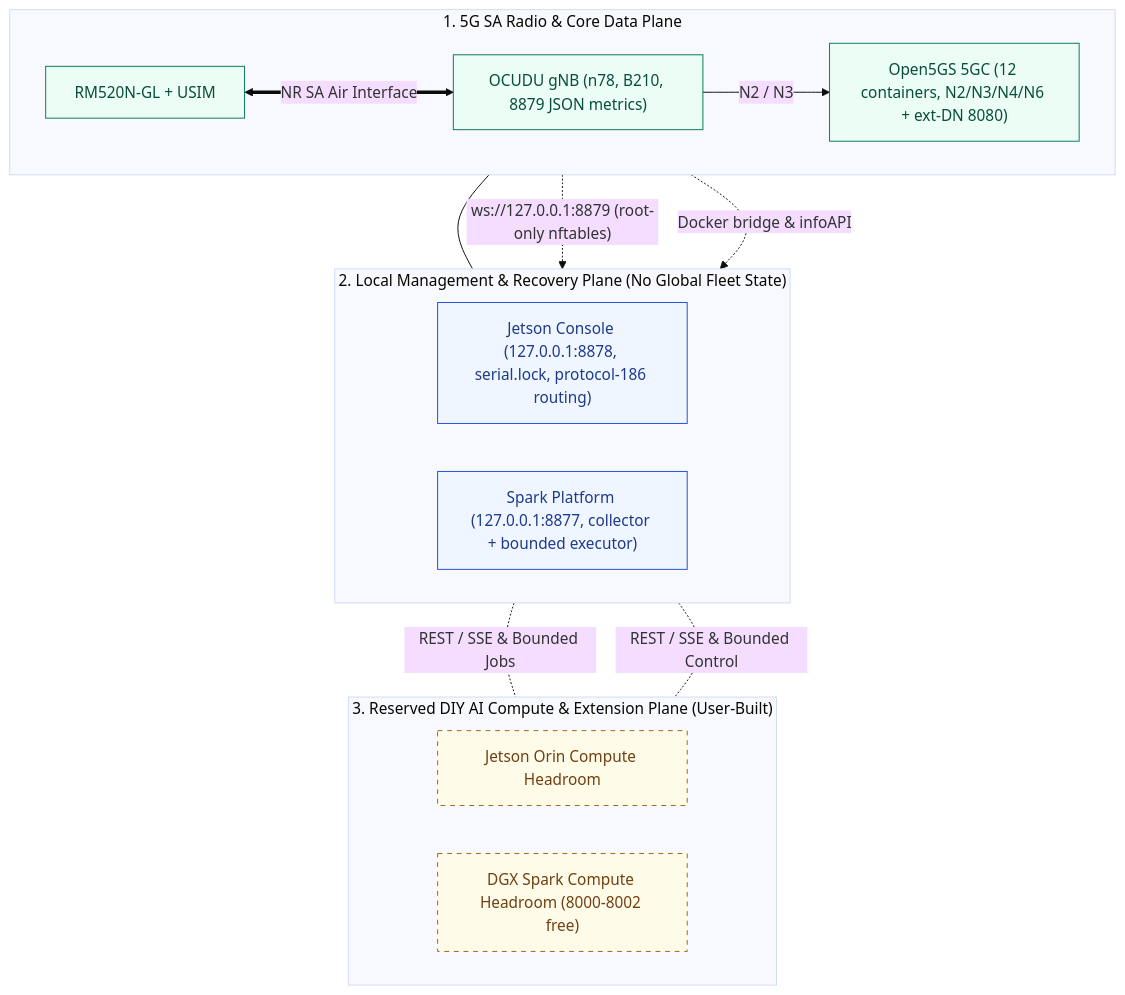
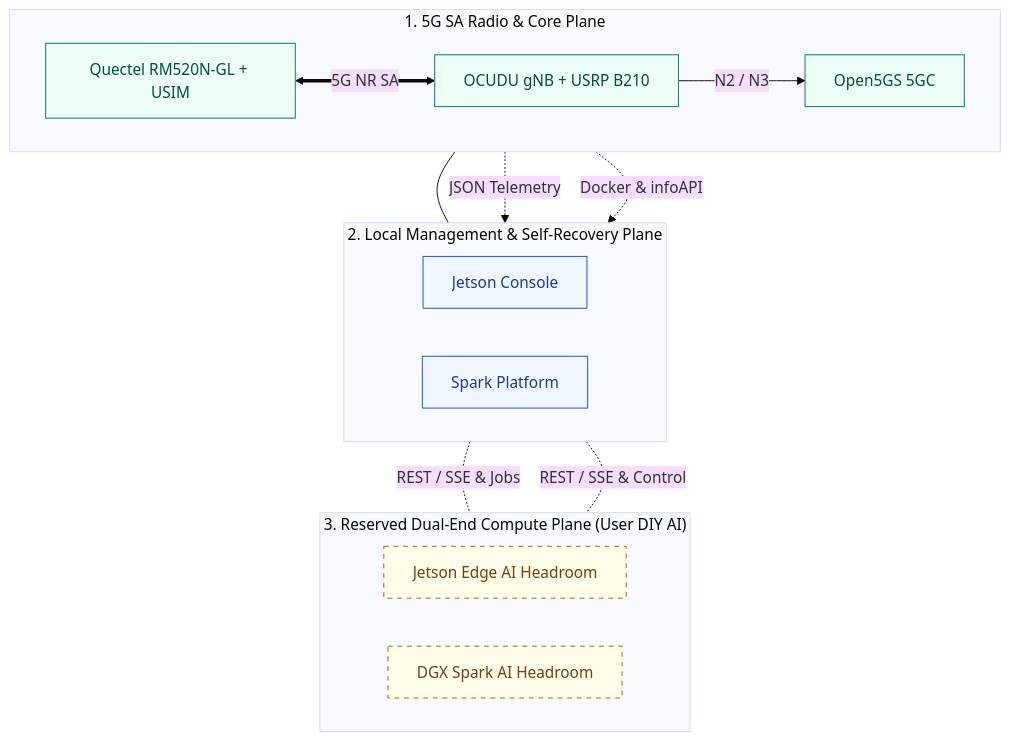
Before and after one commit to HKUOpenSource/OpenAirKit: the diagram in docs/architecture.md, drawn with Mermaid (base theme). The commit also changed other lines of this file and 48 other files, not shown here.

````diff
--- a/docs/architecture.md
+++ b/docs/architecture.md
@@ -15,34 +22,33 @@
 ```mermaid
 flowchart TB
-  classDef hw fill:#f1f5f9,stroke:#475569,color:#0f172a
   classDef stack fill:#ecfdf5,stroke:#047857,color:#064e3b
   classDef mgmt fill:#eff6ff,stroke:#1d4ed8,color:#1e3a8a
   classDef ai fill:#fefce8,stroke:#a16207,stroke-dasharray:5 5,color:#713f12
 
-  subgraph AI["3. Reserved DIY AI Compute & Extension Plane (User-Built)"]
+  subgraph AI["3. Reserved Dual-End Compute Plane (User DIY AI)"]
     direction LR
-    JAI["Jetson Orin Compute Headroom"]:::ai
-    SAI["DGX Spark Compute Headroom (8000-8002 free)"]:::ai
+    JAI["Jetson Edge AI Headroom"]:::ai
+    SAI["DGX Spark AI Headroom"]:::ai
   end
 
-  subgraph MGMT["2. Local Management & Recovery Plane (No Global Fleet State)"]
+  subgraph MGMT["2. Local Management & Self-Recovery Plane"]
     direction LR
-    JC["Jetson Console (127.0.0.1:8878, serial.lock, protocol-186 routing)"]:::mgmt
-    SP["Spark Platform (127.0.0.1:8877, collector + bounded executor)"]:::mgmt
+    JC["Jetson Console"]:::mgmt
+    SP["Spark Platform"]:::mgmt
   end
 
-  subgraph STACK["1. 5G SA Radio & Core Data Plane"]
+  subgraph STACK["1. 5G SA Radio & Core Plane"]
     direction LR
-    RM["RM520N-GL + USIM"]:::stack
-    GNB["OCUDU gNB (n78, B210, 8879 JSON metrics)"]:::stack
-    CORE["Open5GS 5GC (12 containers, N2/N3/N4/N6 + ext-DN 8080)"]:::stack
-    RM <== "NR SA Air Interface" ==> GNB
+    RM["Quectel RM520N-GL + USIM"]:::stack
+    GNB["OCUDU gNB + USRP B210"]:::stack
+    CORE["Open5GS 5GC"]:::stack
+    RM <== "5G NR SA" ==> GNB
     GNB -- "N2 / N3" --> CORE
   end
 
   RM --- JC
-  GNB -. "ws://127.0.0.1:8879 (root-only nftables)" .-> SP
-  CORE -. "Docker bridge & infoAPI" .-> SP
-  JC -. "REST / SSE & Bounded Jobs" .- JAI
-  SP -. "REST / SSE & Bounded Control" .- SAI
+  GNB -. "JSON Telemetry" .-> SP
+  CORE -. "Docker & infoAPI" .-> SP
+  JC -. "REST / SSE & Jobs" .- JAI
+  SP -. "REST / SSE & Control" .- SAI
 ```
````
